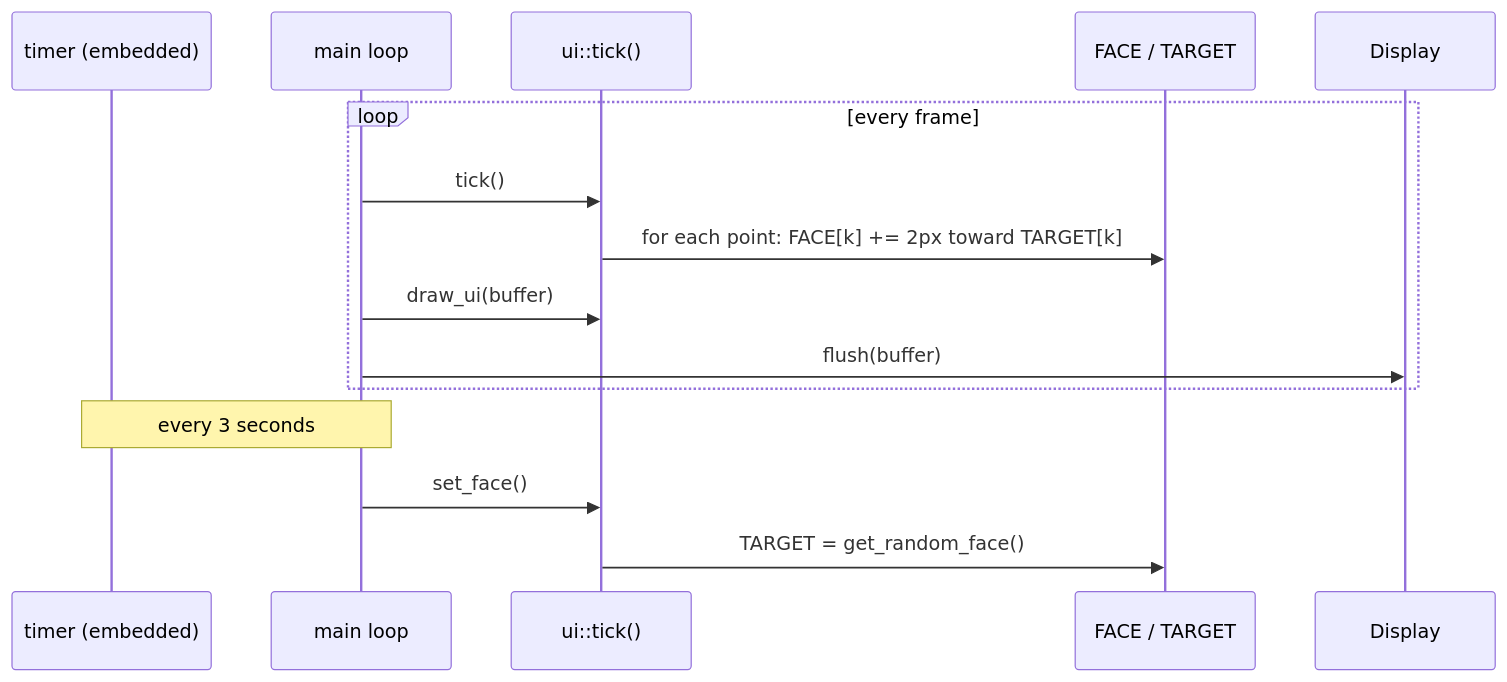
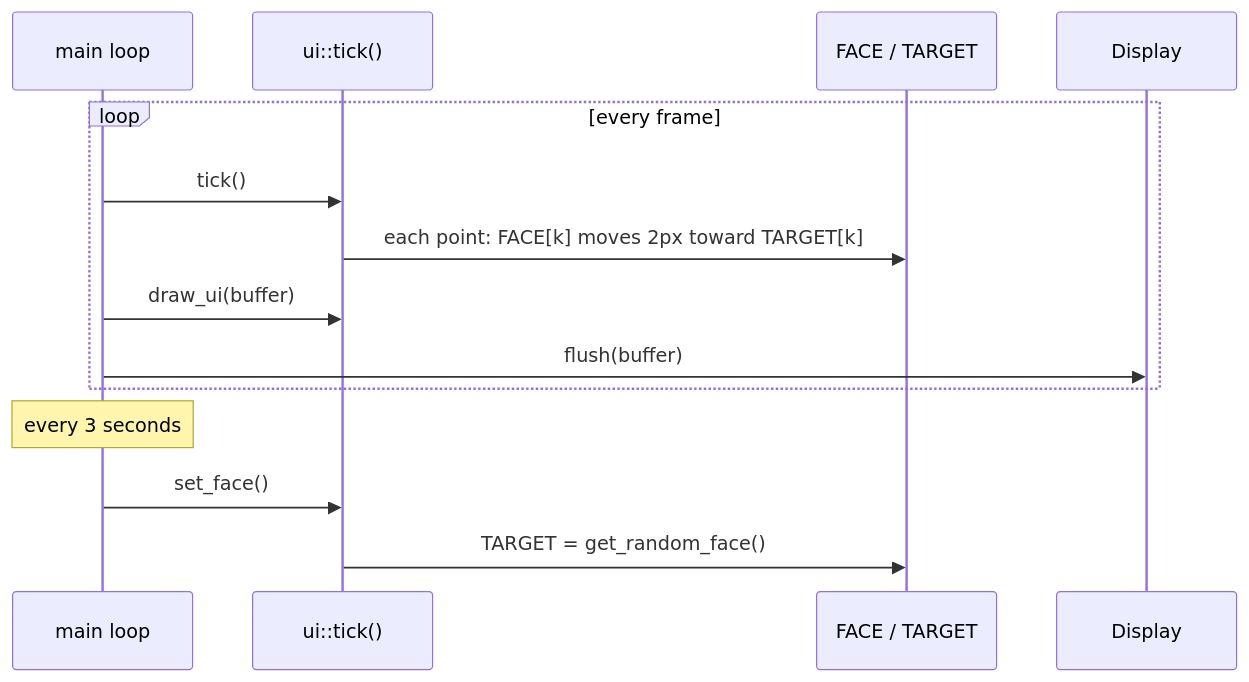
Before and after one commit to zapplebee/lilbud: the fourth of 5 diagrams in README.md, drawn with Mermaid. The commit also changed other lines of this file, not shown here.

````diff
--- a/README.md
+++ b/README.md
@@ -184,18 +195,17 @@
 ```mermaid
 sequenceDiagram
-    participant Timer as timer (embedded)
     participant Main as main loop
     participant UI as ui::tick()
     participant State as FACE / TARGET
 
     loop every frame
         Main->>UI: tick()
-        UI->>State: for each point: FACE[k] += 2px toward TARGET[k]
+        UI->>State: each point: FACE[k] moves 2px toward TARGET[k]
         Main->>UI: draw_ui(buffer)
         Main->>Display: flush(buffer)
     end
 
-    Note over Timer,Main: every 3 seconds
+    Note over Main: every 3 seconds
     Main->>UI: set_face()
     UI->>State: TARGET = get_random_face()
 ```
````
